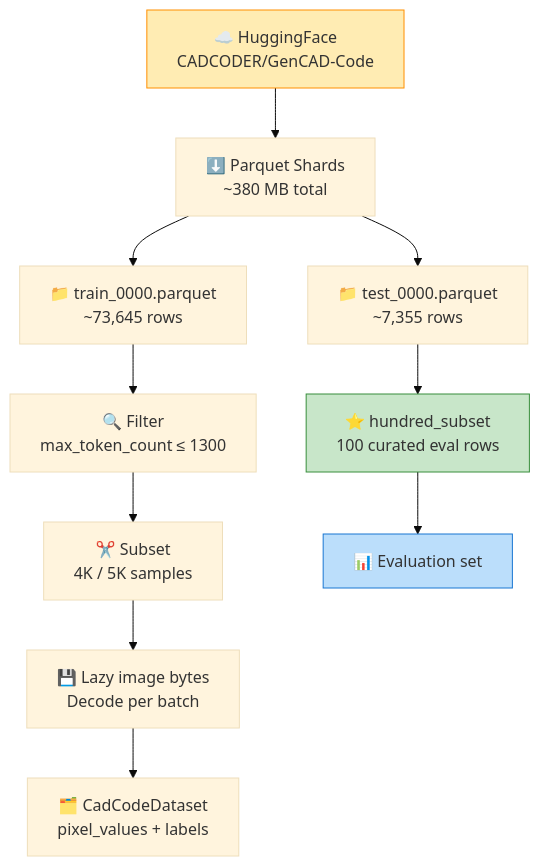
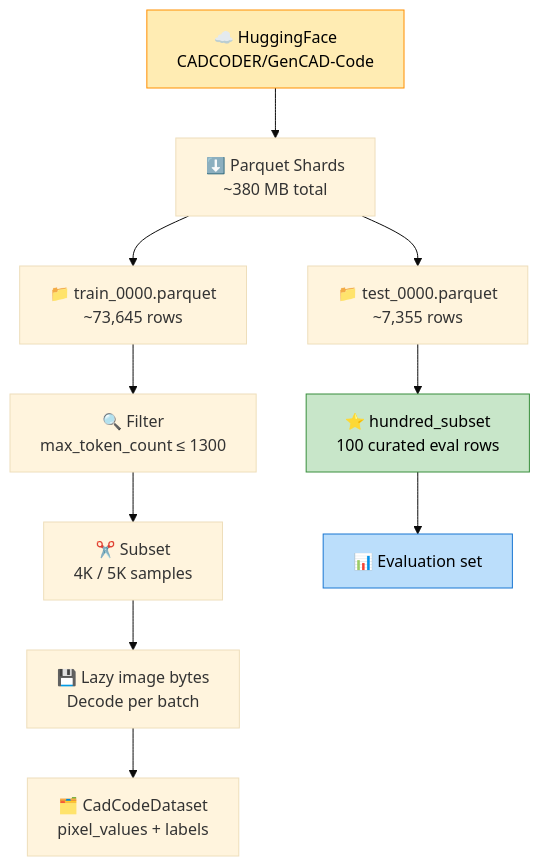
The third of 10 diagrams in README.md (Ahmad-Abudllah-Ahmad/macagents_mock_test_1), drawn with Mermaid (base theme) before and after one commit. The commit also changed other lines of this file, not shown here.

Commit message:
Use black text in README Mermaid diagram nodes for readability.

````diff
--- a/README.md
+++ b/README.md
@@ -120,19 +120,19 @@
 ```mermaid
 flowchart TD
     HF["☁️ HuggingFace<br/>CADCODER/GenCAD-Code"] --> DL["⬇️ Parquet Shards<br/>~380 MB total"]
     DL --> TRAIN["📁 train_0000.parquet<br/>~73,645 rows"]
     DL --> TEST["📁 test_0000.parquet<br/>~7,355 rows"]
 
     TRAIN --> FILTER["🔍 Filter<br/>max_token_count ≤ 1300"]
     FILTER --> LIMIT["✂️ Subset<br/>4K / 5K samples"]
     LIMIT --> LAZY["💾 Lazy image bytes<br/>Decode per batch"]
 
     TEST --> H100["⭐ hundred_subset<br/>100 curated eval rows"]
     H100 --> EVAL["📊 Evaluation set"]
 
     LAZY --> DSET["🗂️ CadCodeDataset<br/>pixel_values + labels"]
 
-    style HF fill:#ffecb3,stroke:#ff8f00
-    style H100 fill:#c8e6c9,stroke:#388e3c
-    style EVAL fill:#bbdefb,stroke:#1976d2
+    style HF fill:#ffecb3,stroke:#ff8f00,color:#000
+    style H100 fill:#c8e6c9,stroke:#388e3c,color:#000
+    style EVAL fill:#bbdefb,stroke:#1976d2,color:#000
 ```
````
